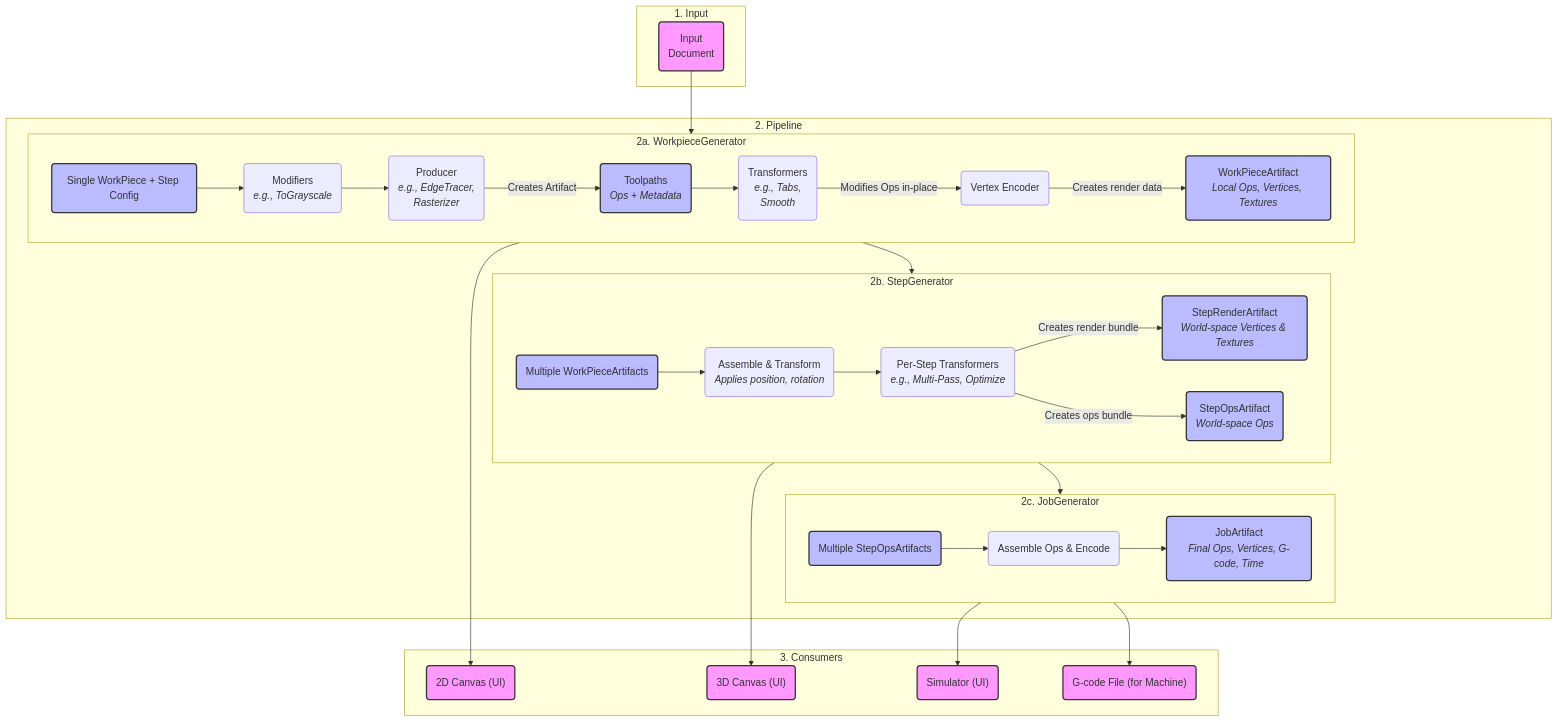
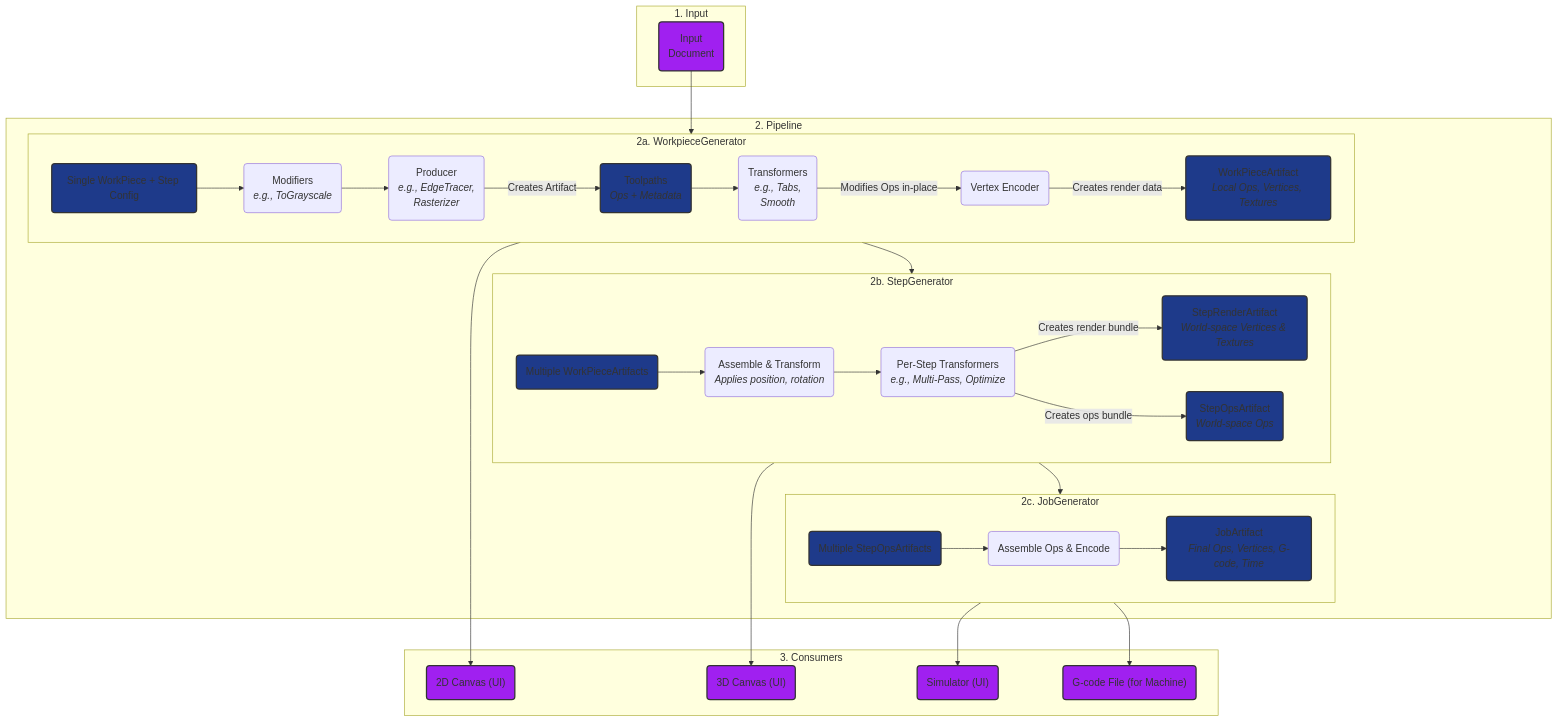
The diagram in website/content/docs/developer/pipeline.md (yuri-schmaltz/my-rayforge), drawn with Mermaid before and after one commit. The commit also changed 5 other files, not shown here.

Commit message:
update some diagram colors on website for readability

````diff
--- a/website/content/docs/developer/pipeline.md
+++ b/website/content/docs/developer/pipeline.md
@@ -7,55 +7,55 @@
 ```mermaid
 graph TD
     subgraph "1. Input"
         Input("Input<br/>Document")
     end
 
     subgraph "2. Pipeline"
         subgraph "2a. WorkpieceGenerator"
             direction LR
             A(Single WorkPiece + Step Config);
             A --> B(Modifiers<br/><i>e.g., ToGrayscale</i>);
             B --> C(Producer<br/><i>e.g., EdgeTracer,<br/>Rasterizer</i>);
             C -- "Creates Artifact" --> D("Toolpaths<br/><i>Ops + Metadata</i>");
             D --> E(Transformers<br/><i>e.g., Tabs,<br/>Smooth</i>);
             E -- "Modifies Ops in-place" --> F(Vertex Encoder);
             F -- "Creates render data" --> G("WorkPieceArtifact<br/><i>Local Ops, Vertices, Textures</i>");
         end
 
         subgraph "2b. StepGenerator"
             direction LR
             H("Multiple WorkPieceArtifacts");
             H --> I(Assemble & Transform<br/><i>Applies position, rotation</i>);
             I --> J(Per-Step Transformers<br/><i>e.g., Multi-Pass, Optimize</i>);
             J -- "Creates render bundle" --> K("StepRenderArtifact<br/><i>World-space Vertices & Textures</i>")
             J -- "Creates ops bundle" --> L("StepOpsArtifact<br/><i>World-space Ops</i>")
         end
 
         subgraph "2c. JobGenerator"
             direction LR
             M("Multiple StepOpsArtifacts");
             M --> N(Assemble Ops & Encode);
             N --> O("JobArtifact<br/><i>Final Ops, Vertices, G-code, Time</i>");
         end
     end
 
     subgraph "3. Consumers"
         Vis2D("2D Canvas (UI)")
         Vis3D("3D Canvas (UI)")
         Simulator("Simulator (UI)")
         File("G-code File (for Machine)")
     end
 
     Input --> A;
     G --> H;
     G --> Vis2D;
     K --> Vis3D;
     L --> M;
     O --> Simulator;
     O --> File;
 
-    classDef io fill:#f9f,stroke:#333,stroke-width:2px;
-    classDef output fill:#bbf,stroke:#333,stroke-width:2px,max-width:500px;
+    classDef io fill:#a020f0,stroke:#333,stroke-width:2px;
+    classDef output fill:#1e3a8a,stroke:#333,stroke-width:2px,max-width:500px;
     class Input,Vis2D,Vis3D,Simulator,File io;
     class A,D,G,H,K,L,M,O output;
 ```
````
